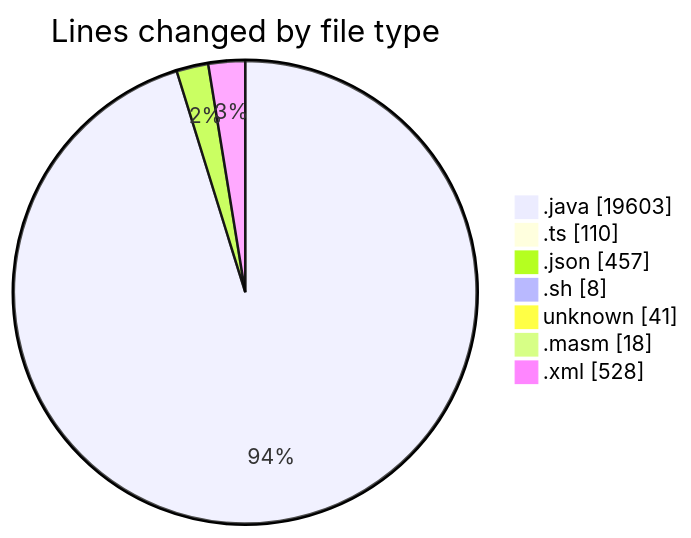
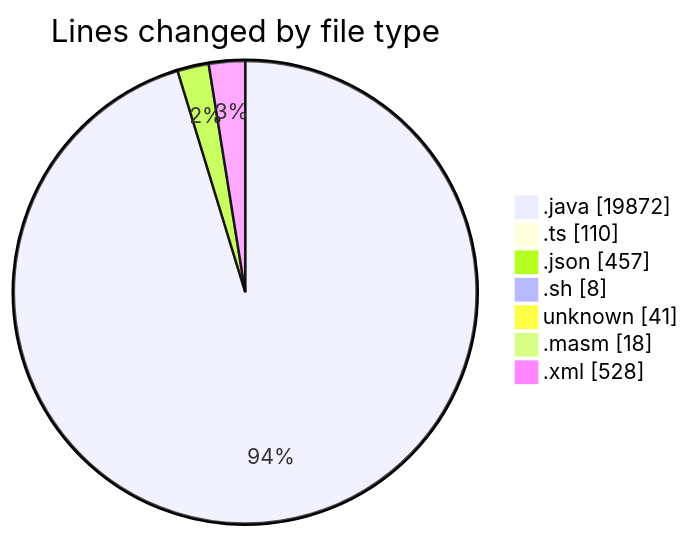
Before and after one commit to charlie-sans/code-tracking: the first of 2 diagrams in 2025-02-20/micros/README.md, drawn with Mermaid. The commit also changed other lines of this file and 1 other file, not shown here.

````diff
--- a/2025-02-20/micros/README.md
+++ b/2025-02-20/micros/README.md
@@ -75,11 +75,11 @@
 ```mermaid
 pie showData
 title Lines changed by file type
-".java" : 19603
+".java" : 19872
 ".ts" : 110
 ".json" : 457
 ".sh" : 8
 "unknown" : 41
 ".masm" : 18
 ".xml" : 528
 ```
````
